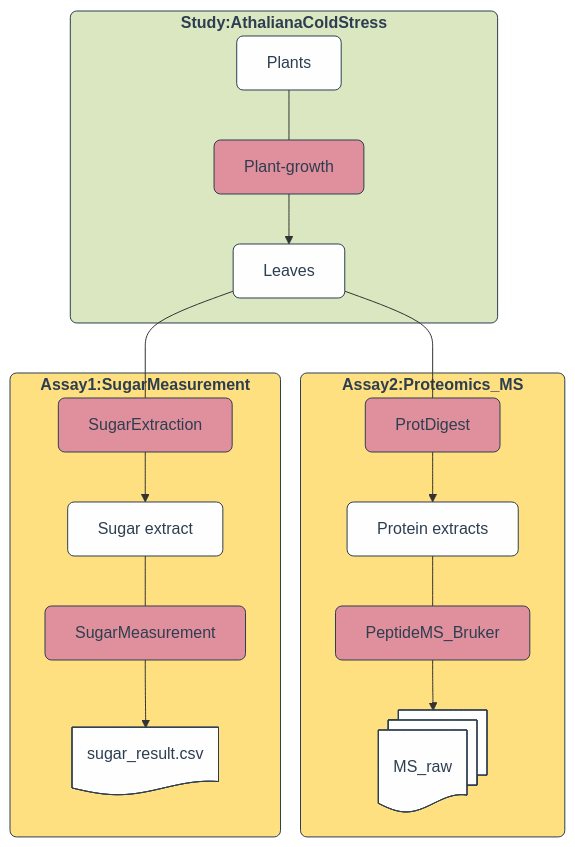
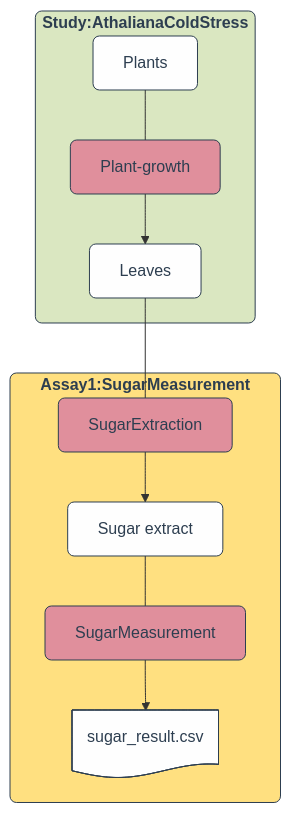
The diagram in src/content/docs/start-here/assays.mdx (nfdi4plants/nfdi4plants.knowledgebase), drawn with Mermaid before and after one commit.

Commit message:
remove proteomics example from earlier mermaid

````diff
--- a/src/content/docs/start-here/assays.mdx
+++ b/src/content/docs/start-here/assays.mdx
@@ -269,24 +269,20 @@
 ```mermaid
 flowchart TD
 classDef studyStyle fill:#dae7c1,rx:.4em,ry:.4em,color:#2d3e50,stroke:#2d3e50,font-weight:bold;
 classDef assayStyle fill:#ffe080,rx:.4em,ry:.4em,color:#2d3e50,stroke:#2d3e50,font-weight:bold;
 classDef processStyle fill:#E08F9C,rx:.4em,ry:.4em,color:#2d3e50,stroke:#2d3e50,font-weight:normal;
 classDef sampleStyle fill:#FEFEFE,rx:.4em,ry:.4em,color:#2d3e50,stroke:#2d3e50,font-weight:normal;
 classDef dataStyle fill:#FEFEFE,rx:.4em,ry:.4em,color:#2d3e50,stroke:#2d3e50,font-weight:normal;
 subgraph study1["Study:AthalianaColdStress"]
     s1[Plants] ---p1[Plant-growth]--> s2[Leaves]
 end
-subgraph assay2[Assay2:Proteomics_MS]
-    s2 ---p4[ProtDigest]--> s4[Protein extracts]
-    s4 ---p5[PeptideMS_Bruker]--> d2@{ shape: docs, label: MS_raw}
-end
 subgraph assay1[Assay1:SugarMeasurement]
     s2 ---p2[SugarExtraction]--> s3[Sugar extract]
     s3 ---p3[SugarMeasurement]--> d1@{ shape: doc, label: sugar_result.csv}
 end
 class study1 studyStyle;
-class assay1,assay2 assayStyle;
-class p1,p2,p3,p4,p5 processStyle;
-class s1,s2,s3,s4 sampleStyle;
-class d1,d2 dataStyle;
+class assay1 assayStyle;
+class p1,p2,p3 processStyle;
+class s1,s2,s3 sampleStyle;
+class d1 dataStyle;
 ```
````
